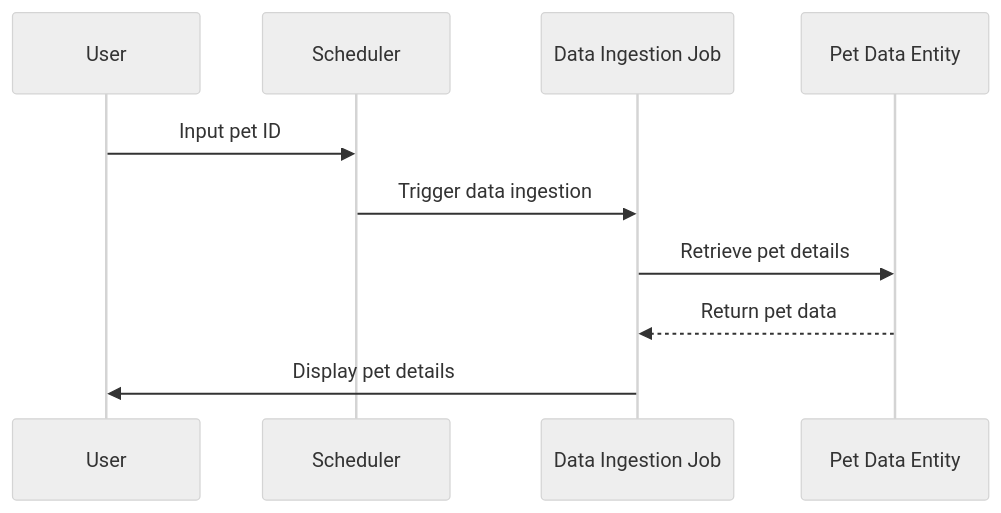
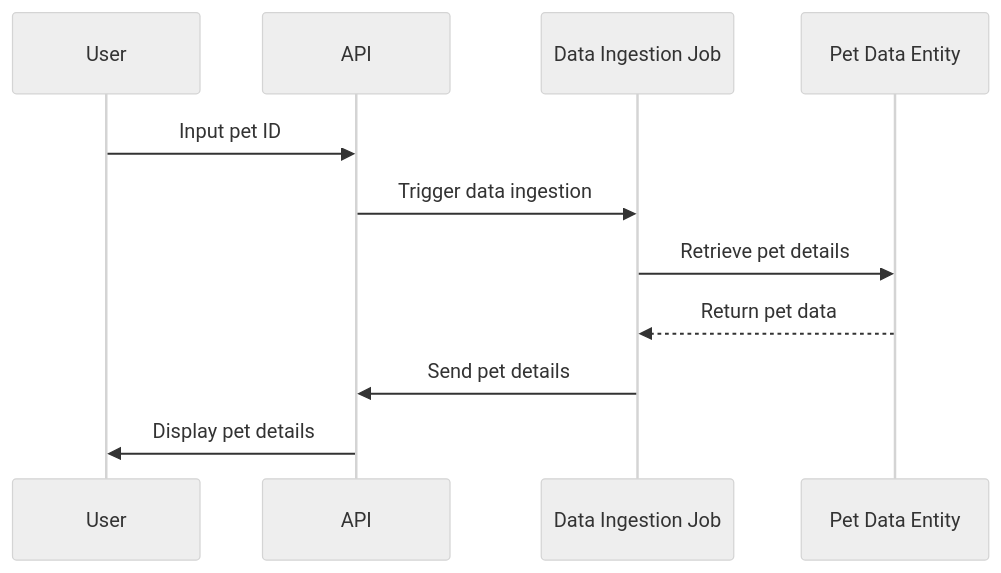
The second of 4 diagrams in entity/app_design_prd.md (Ksenniya/quart-client-template), drawn with Mermaid (neutral theme) before and after one commit. The commit also changed other lines of this file, not shown here.

````diff
--- a/entity/app_design_prd.md
+++ b/entity/app_design_prd.md
@@ -50,13 +50,14 @@
 ```mermaid
 sequenceDiagram
     participant User
-    participant Scheduler
+    participant API
     participant Data Ingestion Job
     participant Pet Data Entity
 
-    User->>Scheduler: Input pet ID
-    Scheduler->>Data Ingestion Job: Trigger data ingestion
+    User->>API: Input pet ID
+    API->>Data Ingestion Job: Trigger data ingestion
     Data Ingestion Job->>Pet Data Entity: Retrieve pet details
     Pet Data Entity-->>Data Ingestion Job: Return pet data
-    Data Ingestion Job->>User: Display pet details
+    Data Ingestion Job->>API: Send pet details
+    API->>User: Display pet details
 ```
````
